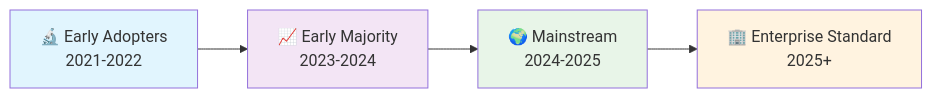
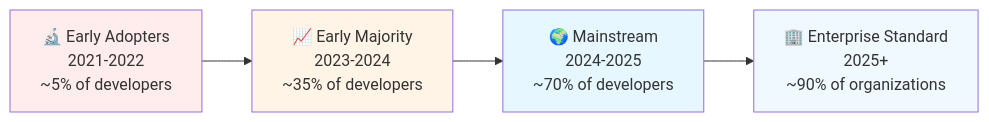
Before and after one commit to paulasilvatech/Code-AI-Dev: the second of 7 diagrams in docs/ai-dev-introduction.md, drawn with Mermaid. The commit also changed other lines of this file and 4 other files, not shown here.

````diff
--- a/docs/ai-dev-introduction.md
+++ b/docs/ai-dev-introduction.md
@@ -118,11 +164,11 @@
 ```mermaid
 graph LR
-    A[🔬 Early Adopters<br/>2021-2022] --> B[📈 Early Majority<br/>2023-2024]
-    B --> C[🌍 Mainstream<br/>2024-2025]
-    C --> D[🏢 Enterprise Standard<br/>2025+]
+    A[🔬 Early Adopters<br/>2021-2022<br/>~5% of developers] --> B[📈 Early Majority<br/>2023-2024<br/>~35% of developers]
+    B --> C[🌍 Mainstream<br/>2024-2025<br/>~70% of developers]
+    C --> D[🏢 Enterprise Standard<br/>2025+<br/>~90% of organizations]
     
-    style A fill:#e1f5fe
-    style B fill:#f3e5f5
-    style C fill:#e8f5e8
-    style D fill:#fff3e0
+    style A fill:#ffecec
+    style B fill:#fff4e6
+    style C fill:#e6f7ff
+    style D fill:#f0f9ff
 ```
````
